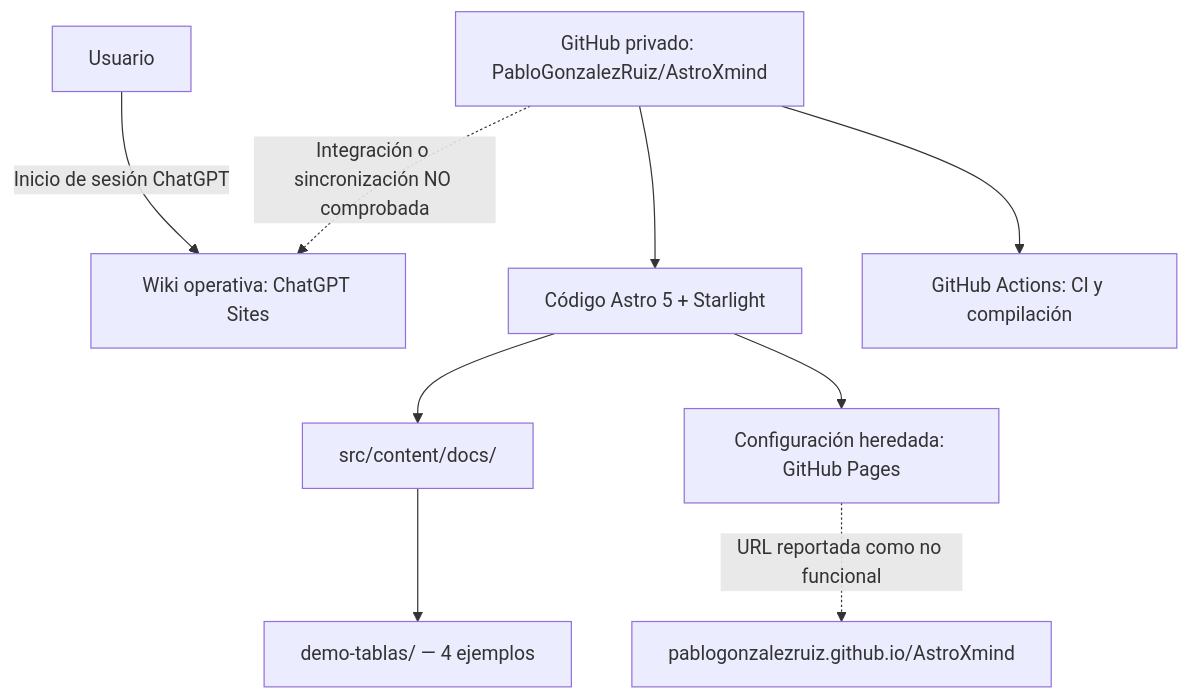
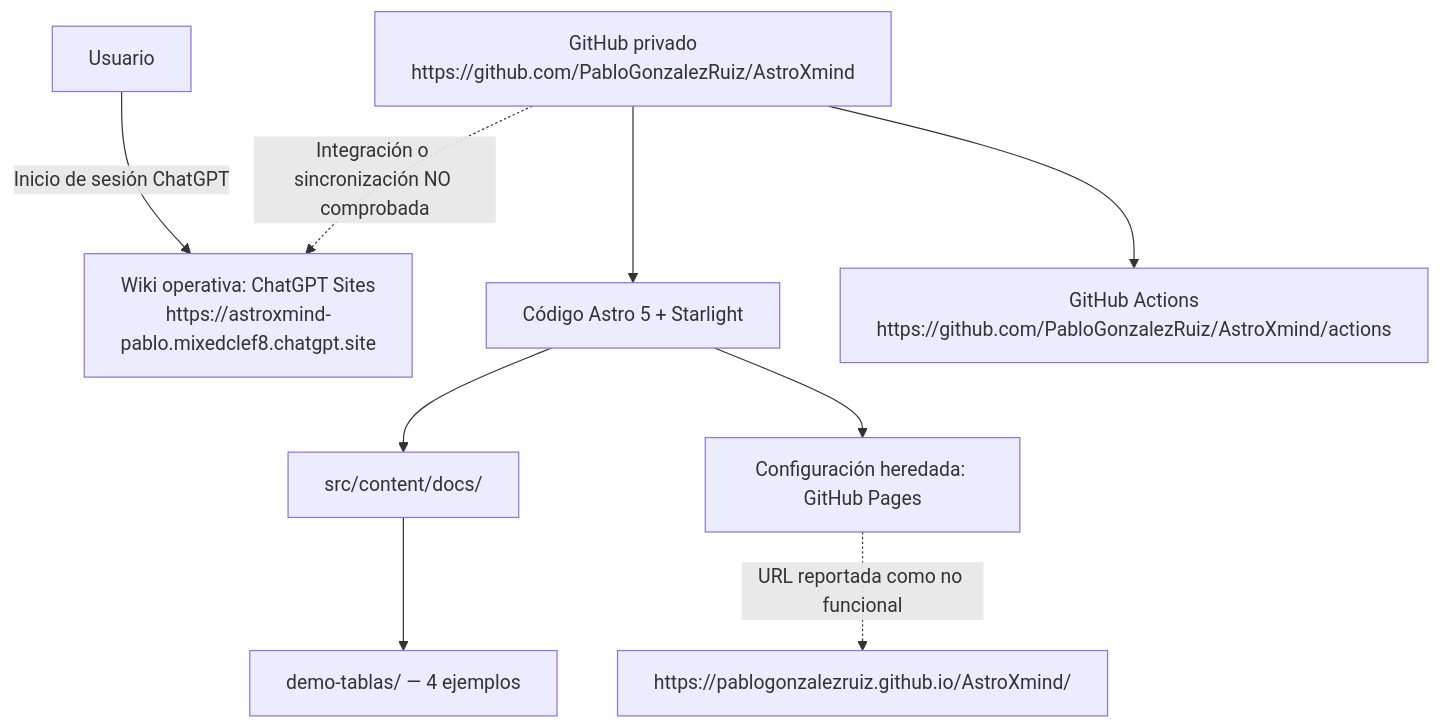
One commit to PabloGonzalezRuiz/AstroXmind changed the diagram in docs/architecture-locations.md. Above: the diagram before and after it, drawn with Mermaid.

Commit message:
docs: include real entry URLs directly in architecture diagrams

````diff
--- a/docs/architecture-locations.md
+++ b/docs/architecture-locations.md
@@ -22,11 +22,11 @@
 ```mermaid
 flowchart TD
-    U["Usuario"] -->|Inicio de sesión ChatGPT| S["Wiki operativa: ChatGPT Sites"]
-    G["GitHub privado: PabloGonzalezRuiz/AstroXmind"] --> C["Código Astro 5 + Starlight"]
+    U["Usuario"] -->|Inicio de sesión ChatGPT| S["Wiki operativa: ChatGPT Sites<br/>https://astroxmind-pablo.mixedclef8.chatgpt.site"]
+    G["GitHub privado<br/>https://github.com/PabloGonzalezRuiz/AstroXmind"] --> C["Código Astro 5 + Starlight"]
     C --> M["src/content/docs/"]
     M --> T["demo-tablas/ — 4 ejemplos"]
-    G --> A["GitHub Actions: CI y compilación"]
+    G --> A["GitHub Actions<br/>https://github.com/PabloGonzalezRuiz/AstroXmind/actions"]
     C --> P["Configuración heredada: GitHub Pages"]
-    P -.->|URL reportada como no funcional| X["pablogonzalezruiz.github.io/AstroXmind"]
+    P -.->|URL reportada como no funcional| X["https://pablogonzalezruiz.github.io/AstroXmind/"]
     G -.->|Integración o sincronización NO comprobada| S
 ```
````
